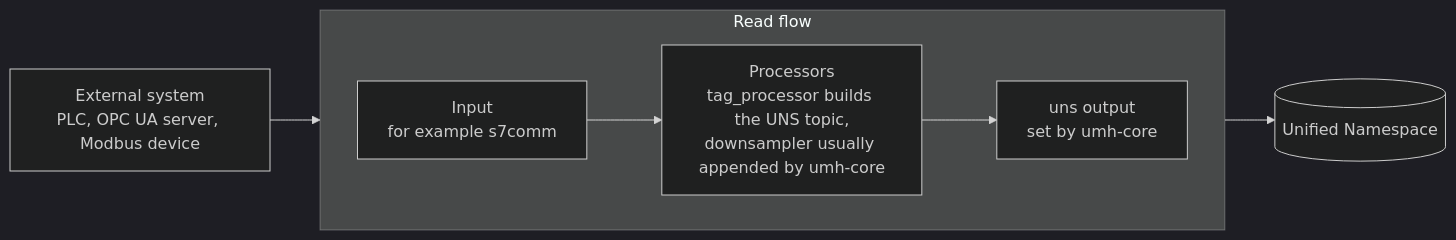
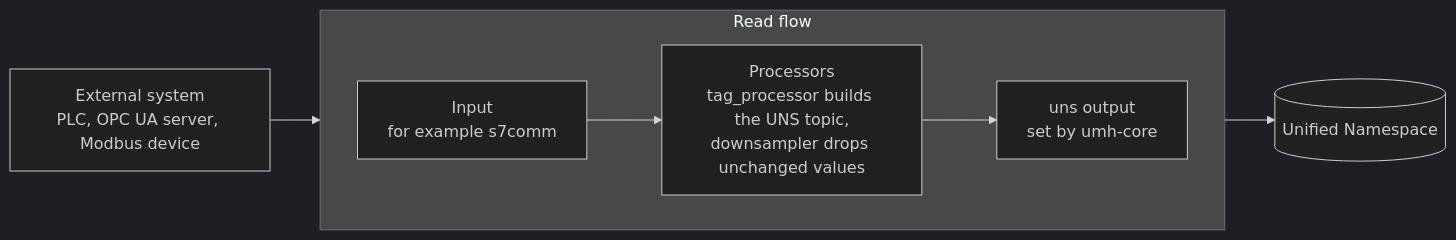
One commit to united-manufacturing-hub/united-manufacturing-hub changed the diagram in umh-core/docs/usage/data-flows/read-flow.md. Above: the diagram before and after it, drawn with Mermaid (dark theme). The commit also changed other lines of this file and 4 other files, not shown here.

````diff
--- a/umh-core/docs/usage/data-flows/read-flow.md
+++ b/umh-core/docs/usage/data-flows/read-flow.md
@@ -24,14 +24,14 @@
 ```mermaid
 flowchart LR
     ext["External system<br/>PLC, OPC UA server, Modbus device"]
     subgraph rf["Read flow"]
         direction LR
         input["Input<br/>for example s7comm"]
-        proc["Processors<br/>tag_processor builds the UNS topic,<br/>downsampler usually appended by umh-core"]
+        proc["Processors<br/>tag_processor builds the UNS topic,<br/>downsampler drops unchanged values"]
         output["uns output<br/>set by umh-core"]
         input --> proc --> output
     end
     uns[("Unified Namespace")]
     ext --> input
     output --> uns
 ```
````
